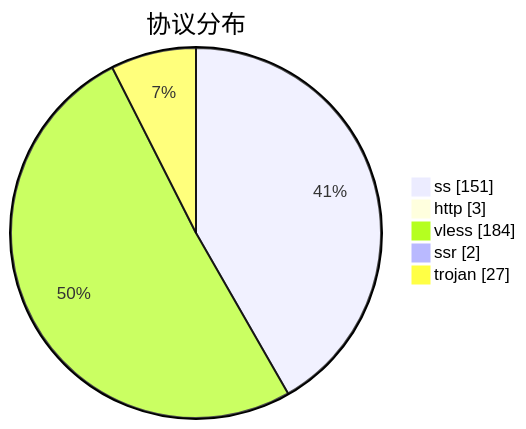
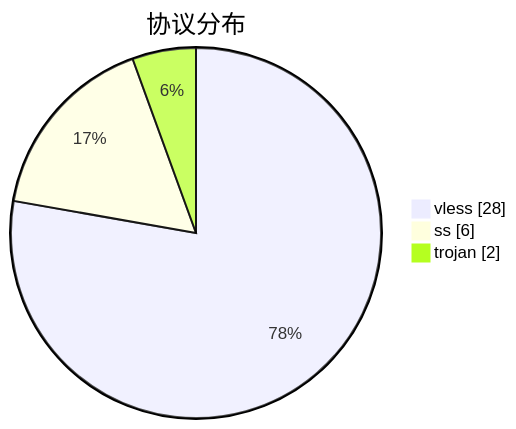
Before and after one commit to qjlxg/airport: the third of 3 diagrams in subs/statistics/tested_within.md, drawn with Mermaid. The commit also changed other lines of this file and 2 other files, not shown here.

````diff
--- a/subs/statistics/tested_within.md
+++ b/subs/statistics/tested_within.md
@@ -19,9 +14,7 @@
 ```mermaid
 pie showData
 title 协议分布
-"ss" : 151
-"http" : 3
-"vless" : 184
-"ssr" : 2
-"trojan" : 27
+"vless" : 28
+"ss" : 6
+"trojan" : 2
 ```
````
